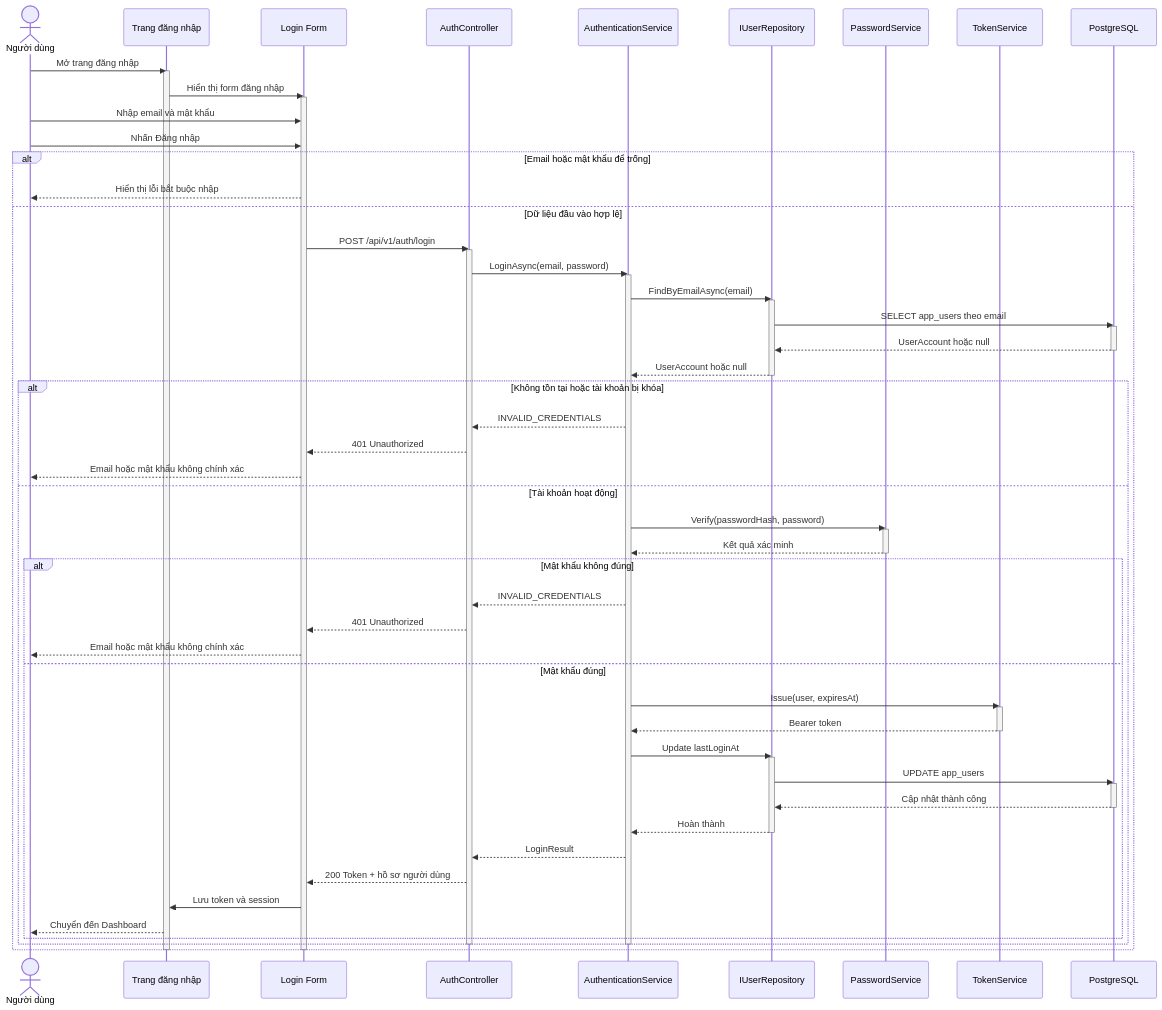
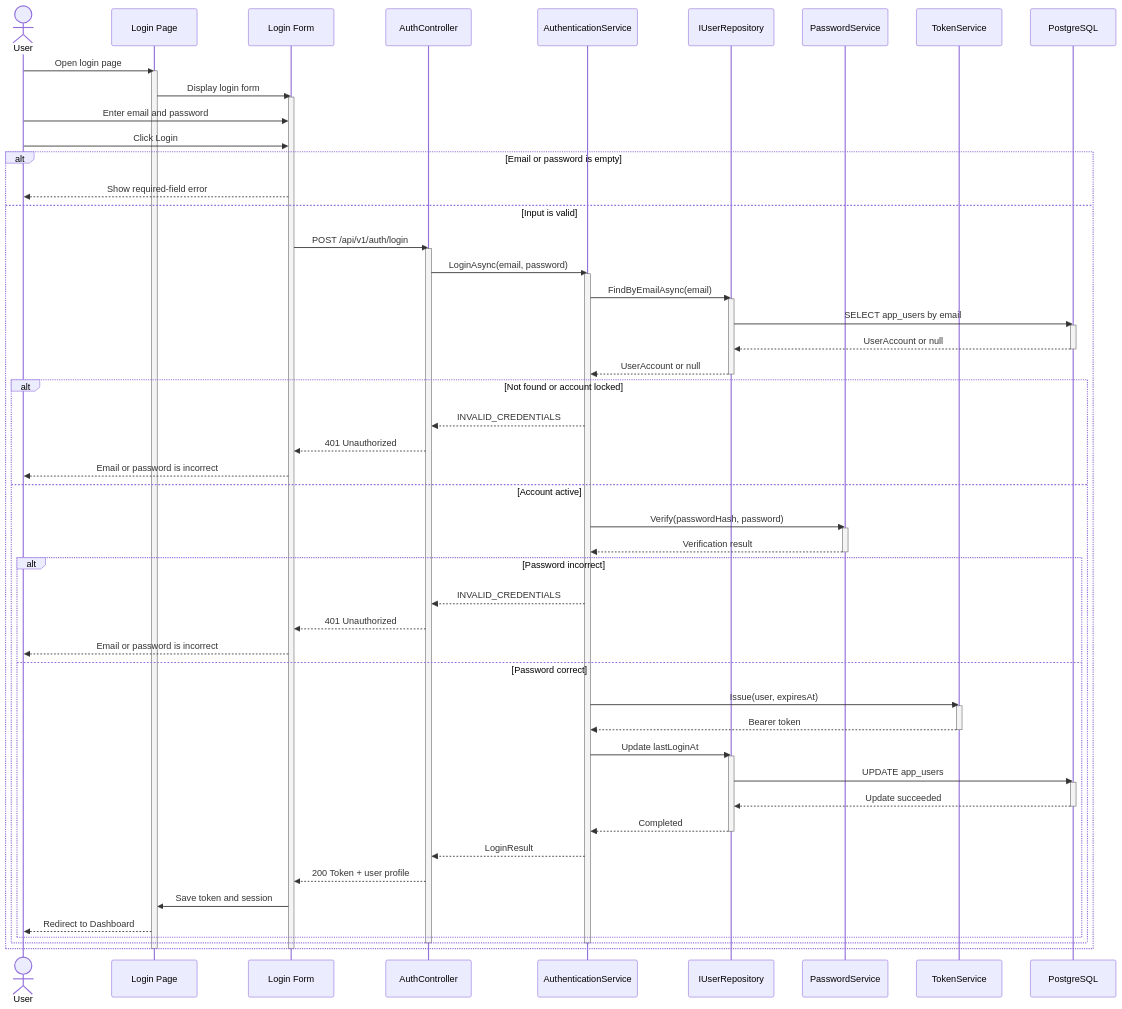
The first of 5 diagrams in docs/architecture/uml/02-sequence-diagrams.md (PhamHiep948/finance-manager), drawn with Mermaid before and after one commit. The commit also changed other lines of this file, not shown here.

Commit message:
update sequece diagram

````diff
--- a/docs/architecture/uml/02-sequence-diagrams.md
+++ b/docs/architecture/uml/02-sequence-diagrams.md
@@ -10,73 +10,73 @@
 ```mermaid
 sequenceDiagram
-    actor User as Người dùng
-    participant Page as Trang đăng nhập
+    actor User as User
+    participant Page as Login Page
     participant Form as Login Form
     participant API as AuthController
     participant Service as AuthenticationService
     participant Repo as IUserRepository
     participant Password as PasswordService
     participant Token as TokenService
     participant DB as PostgreSQL
 
-    User->>Page: Mở trang đăng nhập
+    User->>Page: Open login page
     activate Page
-    Page->>Form: Hiển thị form đăng nhập
+    Page->>Form: Display login form
     activate Form
-    User->>Form: Nhập email và mật khẩu
-    User->>Form: Nhấn Đăng nhập
+    User->>Form: Enter email and password
+    User->>Form: Click Login
 
-    alt Email hoặc mật khẩu để trống
-        Form-->>User: Hiển thị lỗi bắt buộc nhập
-    else Dữ liệu đầu vào hợp lệ
+    alt Email or password is empty
+        Form-->>User: Show required-field error
+    else Input is valid
         Form->>API: POST /api/v1/auth/login
         activate API
         API->>Service: LoginAsync(email, password)
         activate Service
         Service->>Repo: FindByEmailAsync(email)
         activate Repo
-        Repo->>DB: SELECT app_users theo email
+        Repo->>DB: SELECT app_users by email
         activate DB
-        DB-->>Repo: UserAccount hoặc null
+        DB-->>Repo: UserAccount or null
         deactivate DB
-        Repo-->>Service: UserAccount hoặc null
+        Repo-->>Service: UserAccount or null
         deactivate Repo
 
-        alt Không tồn tại hoặc tài khoản bị khóa
+        alt Not found or account locked
             Service-->>API: INVALID_CREDENTIALS
             API-->>Form: 401 Unauthorized
-            Form-->>User: Email hoặc mật khẩu không chính xác
-        else Tài khoản hoạt động
+            Form-->>User: Email or password is incorrect
+        else Account active
             Service->>Password: Verify(passwordHash, password)
             activate Password
-            Password-->>Service: Kết quả xác minh
+            Password-->>Service: Verification result
             deactivate Password
-            alt Mật khẩu không đúng
+            alt Password incorrect
                 Service-->>API: INVALID_CREDENTIALS
                 API-->>Form: 401 Unauthorized
-                Form-->>User: Email hoặc mật khẩu không chính xác
-            else Mật khẩu đúng
+                Form-->>User: Email or password is incorrect
+            else Password correct
                 Service->>Token: Issue(user, expiresAt)
                 activate Token
                 Token-->>Service: Bearer token
                 deactivate Token
                 Service->>Repo: Update lastLoginAt
                 activate Repo
                 Repo->>DB: UPDATE app_users
                 activate DB
-                DB-->>Repo: Cập nhật thành công
+                DB-->>Repo: Update succeeded
                 deactivate DB
-                Repo-->>Service: Hoàn thành
+                Repo-->>Service: Completed
                 deactivate Repo
                 Service-->>API: LoginResult
-                API-->>Form: 200 Token + hồ sơ người dùng
-                Form->>Page: Lưu token và session
-                Page-->>User: Chuyển đến Dashboard
+                API-->>Form: 200 Token + user profile
+                Form->>Page: Save token and session
+                Page-->>User: Redirect to Dashboard
             end
         end
         deactivate Service
         deactivate API
     end
     deactivate Form
     deactivate Page
 ```
````
